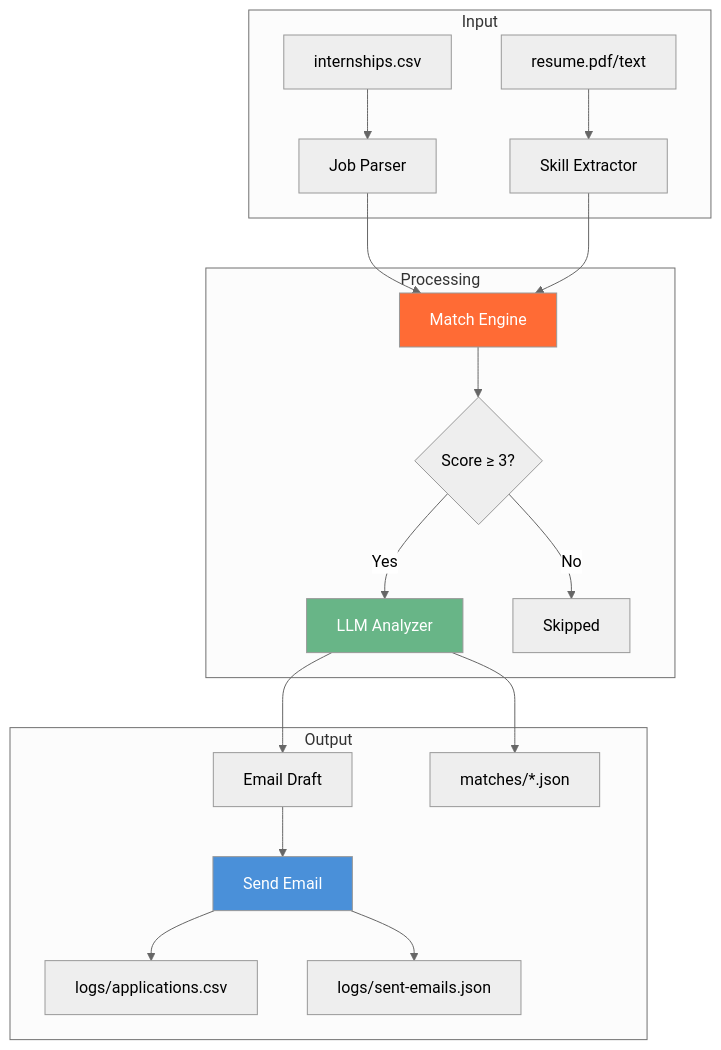
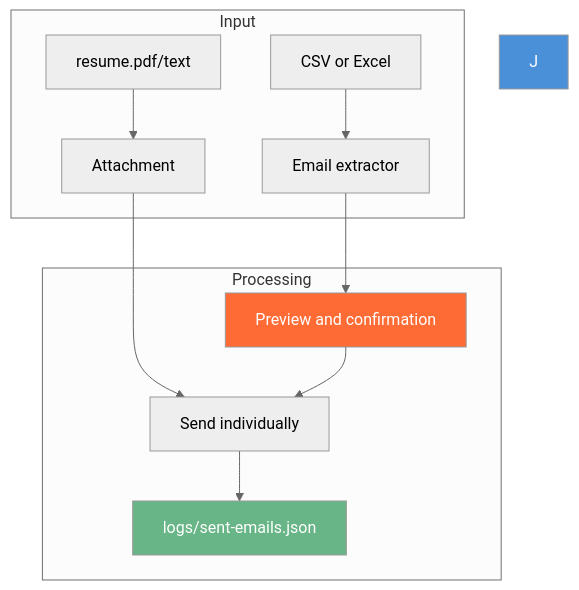
One commit to Gaurav775-Git/Internship_Automation changed the diagram in readme.md. Above: the diagram before and after it, drawn with Mermaid (neutral theme). The commit also changed other lines of this file and 5 other files, not shown here.

````diff
--- a/readme.md
+++ b/readme.md
@@ -110,27 +98,18 @@
 ```mermaid
 flowchart TB
     subgraph Input
-        A[internships.csv] --> B[Job Parser]
-        C[resume.pdf/text] --> D[Skill Extractor]
+        A[CSV or Excel] --> B[Email extractor]
+        C[resume.pdf/text] --> D[Attachment]
     end
     
     subgraph Processing
-        B --> E[Match Engine]
-        D --> E
-        E --> F{Score ≥ 3?}
-        F -->|Yes| G[LLM Analyzer]
-        F -->|No| H[Skipped]
-    end
-    
-    subgraph Output
-        G --> I[Email Draft]
-        I --> J[Send Email]
-        J --> K[logs/applications.csv]
-        J --> L[logs/sent-emails.json]
-        G --> M[matches/*.json]
+        B --> E[Preview and confirmation]
+        D --> F[Send individually]
+        E --> F
+        F --> G[logs/sent-emails.json]
     end
     
     style E fill:#FF6B35,color:#fff
     style G fill:#68B587,color:#fff
     style J fill:#4A90D9,color:#fff
 ```
````
